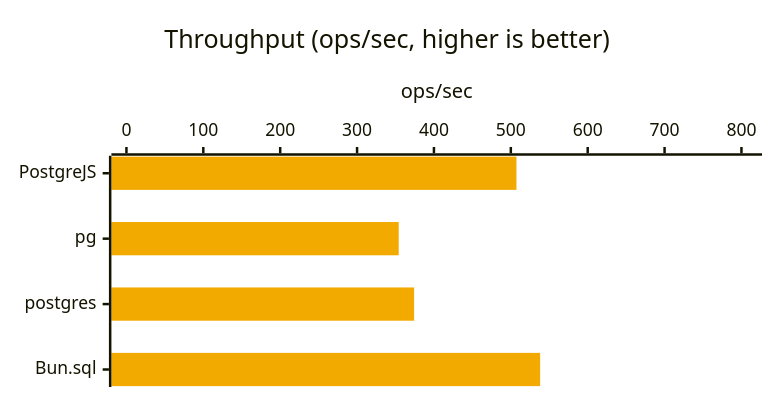
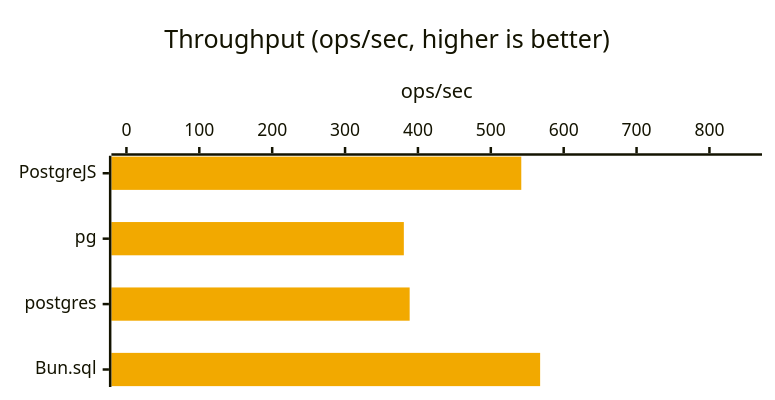
Before and after one commit to panates/postgrejs-doc: diagram 11 of 56 in docs/getting-started/benchmarks-bun.md, drawn with Mermaid. The commit also changed other lines of this file and 13 other files, not shown here.

````diff
--- a/docs/getting-started/benchmarks-bun.md
+++ b/docs/getting-started/benchmarks-bun.md
@@ -306,8 +313,8 @@
 ```mermaid
 %%{init: {'xyChart': {'width': 600, 'height': 300, 'chartOrientation': 'horizontal'}, 'themeVariables': {'xyChart': {'plotColorPalette': '#f2a900'}}}}%%
 xychart-beta
     title "Throughput (ops/sec, higher is better)"
     x-axis ["PostgreJS", "pg", "postgres", "Bun.sql"]
-    y-axis "ops/sec" 0.0000 --> 807.1939
-    bar [507.3168, 354.1571, 374.2033, 538.1293]
+    y-axis "ops/sec" 0.0000 --> 851.5182
+    bar [541.8144, 380.6570, 388.6359, 567.6788]
 ```
````
